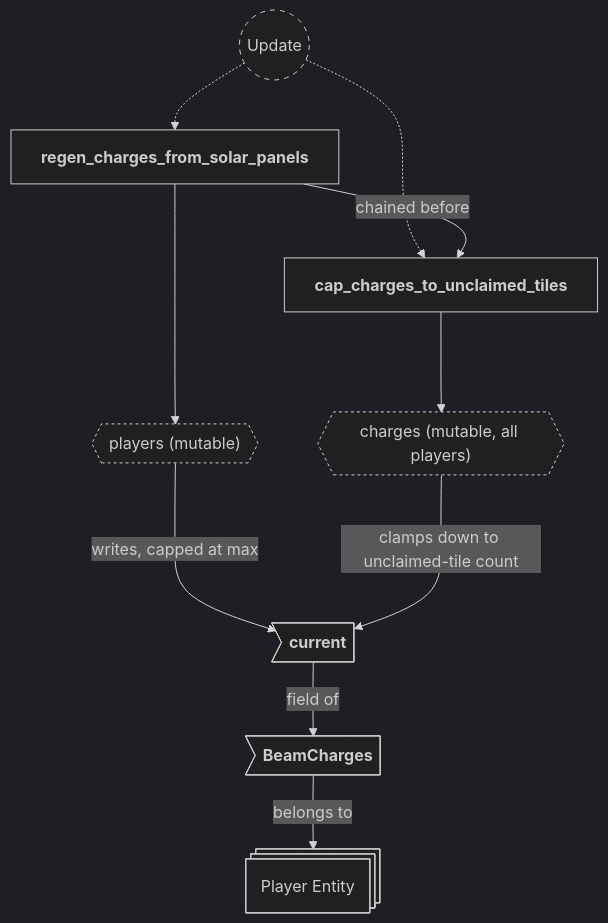
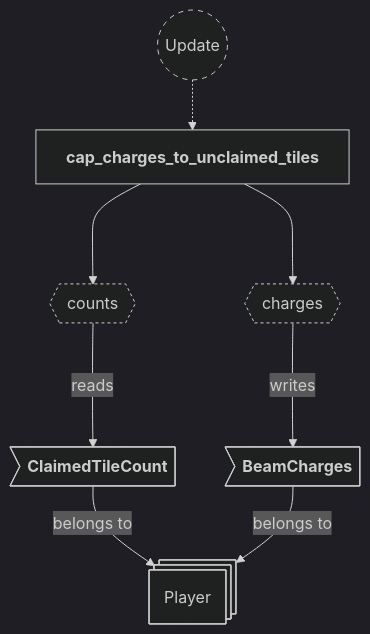
One commit to neurosoup/tyled changed the fifth of 6 diagrams in backlog/docs/doc-23 - 021-Charge-plugin.md. Above: the diagram before and after it, drawn with Mermaid. The commit also changed other lines of this file and 2 other files, not shown here.

Commit message:
Docs: update doc-23 charge plugin; rename regen_charges_from_solar_panels to regen_charges

````diff
--- a/backlog/docs/doc-23 - 021-Charge-plugin.md
+++ b/backlog/docs/doc-23 - 021-Charge-plugin.md
@@ -198,31 +194,28 @@
 ```mermaid
 ---
 config:
   theme: dark
 ---
 
 flowchart TD
 classDef system-group stroke-dasharray: 5 5
 classDef query stroke-dasharray: 3 3
 
 update(("`Update`")):::system-group
-regen["`**regen_charges_from_solar_panels**`"]
 cap["`**cap_charges_to_unclaimed_tiles**`"]
 
-update -.-> regen
 update -.-> cap
-regen --> |chained before| cap
 
-players_query{{"`players (mutable)`"}}:::query
-charges_query{{"`charges (mutable, all players)`"}}:::query
-regen ---> players_query
+counts_query{{"`counts`"}}:::query
+charges_query{{"`charges`"}}:::query
+cap ---> counts_query
 cap ---> charges_query
 
-player_entity@{ shape: st-rect, label: "Player Entity" }
+player_entity@{ shape: st-rect, label: "Player" }
 
-beam_charges>"`**BeamCharges**`"] --> |belongs to| player_entity
-bc_current>"`**current**`"] --> |field of| beam_charges
+pe_tile_count>"`**ClaimedTileCount**`"] --> |belongs to| player_entity
+pe_beam_charges>"`**BeamCharges**`"] --> |belongs to| player_entity
 
-players_query ---> |writes, capped at max| bc_current
-charges_query ---> |clamps down to unclaimed-tile count| bc_current
+counts_query ---> |reads| pe_tile_count
+charges_query ---> |writes| pe_beam_charges
 ```
````
